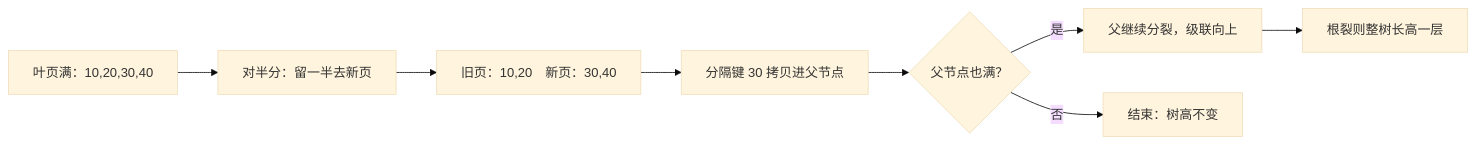
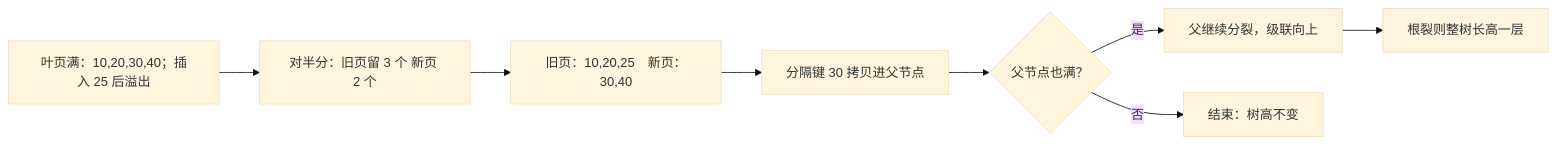
Before and after one commit to xhongduo-tech/xhongduo-tech.github.io: the second of 2 diagrams in docs/cs/bplus-split.md, drawn with Mermaid (base theme). The commit also changed other lines of this file and 4 other files, not shown here.

````diff
--- a/docs/cs/bplus-split.md
+++ b/docs/cs/bplus-split.md
@@ -41,10 +41,10 @@
 ```mermaid
 flowchart LR
-  F["叶页满：10,20,30,40"] --> H["对半分：留一半去新页"]
-  H --> A["旧页：10,20　新页：30,40"]
+  F["叶页满：10,20,30,40；插入 25 后溢出"] --> H["对半分：旧页留 3 个 新页 2 个"]
+  H --> A["旧页：10,20,25　新页：30,40"]
   A --> UP["分隔键 30 拷贝进父节点"]
   UP --> FULL{"父节点也满？"}
   FULL -->|"是"| CASC["父继续分裂，级联向上"]
   FULL -->|"否"| DONE["结束：树高不变"]
   CASC --> ROOT["根裂则整树长高一层"]
 ```
````
